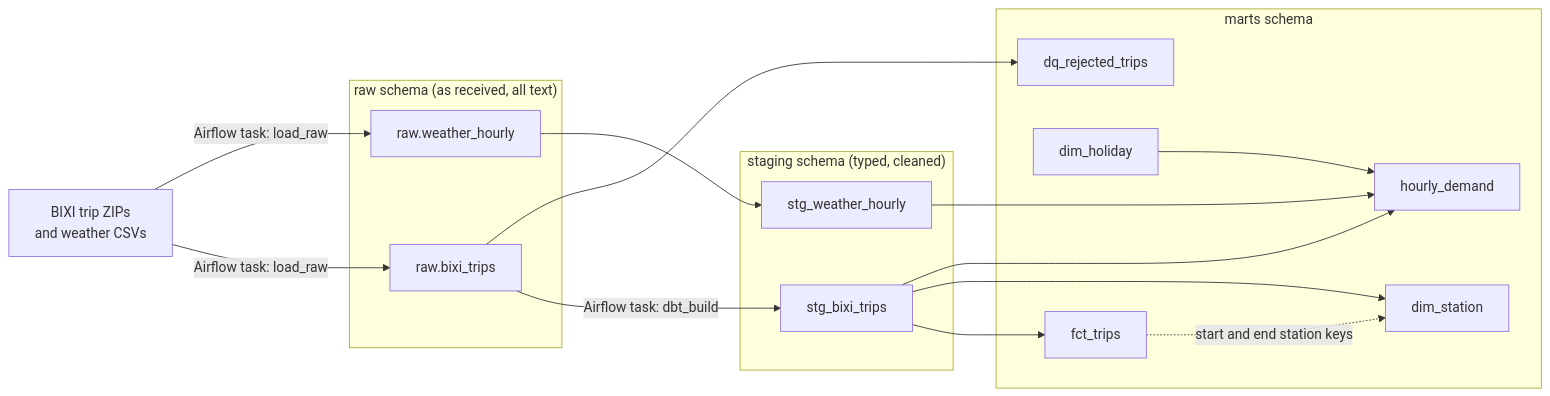
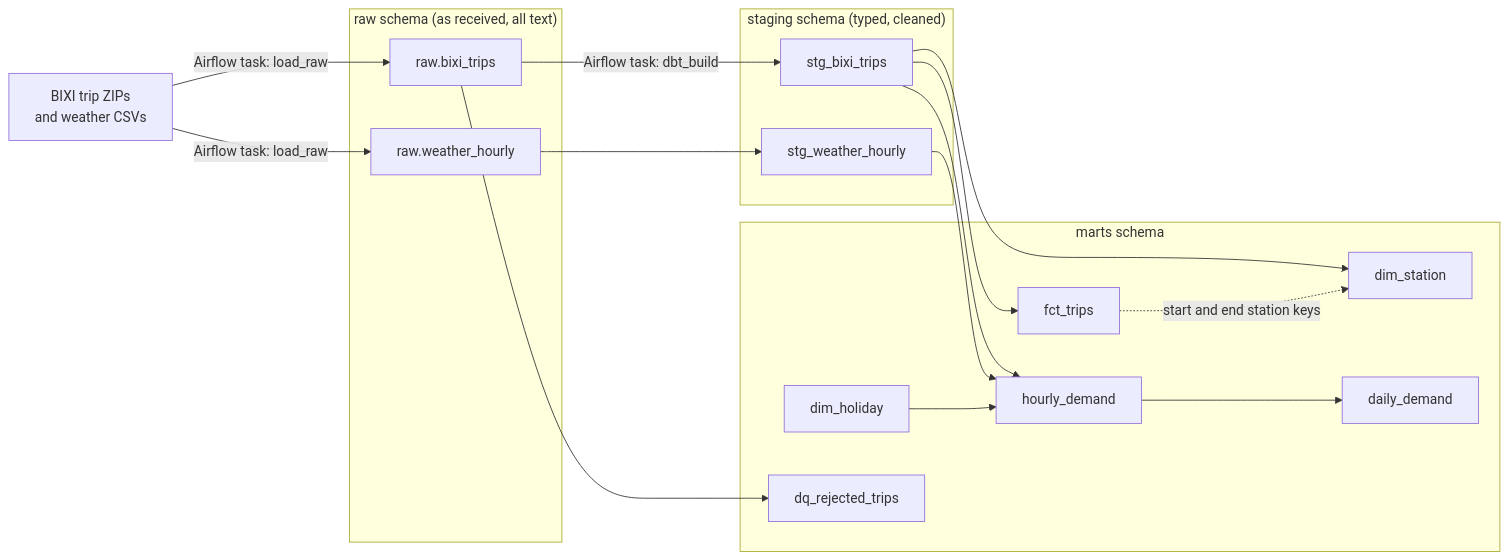
Before and after one commit to NadaAf25/bixi-data-platform: the diagram in README.md, drawn with Mermaid. The commit also changed other lines of this file, not shown here.

Commit message:
Document daily demand model and update model and test counts in README

````diff
--- a/README.md
+++ b/README.md
@@ -9,34 +9,36 @@
 ```mermaid
 flowchart LR
     files["BIXI trip ZIPs<br/>and weather CSVs"]
 
     subgraph raw ["raw schema (as received, all text)"]
         raw_trips["raw.bixi_trips"]
         raw_weather["raw.weather_hourly"]
     end
 
     subgraph staging ["staging schema (typed, cleaned)"]
         stg_trips["stg_bixi_trips"]
         stg_weather["stg_weather_hourly"]
     end
 
     subgraph marts ["marts schema"]
         fct_trips["fct_trips"]
         dim_station["dim_station"]
         hourly["hourly_demand"]
+        daily["daily_demand"]
         dim_holiday["dim_holiday"]
         dq["dq_rejected_trips"]
     end
 
     files -->|"Airflow task: load_raw"| raw_trips
     files -->|"Airflow task: load_raw"| raw_weather
     raw_trips -->|"Airflow task: dbt_build"| stg_trips
     raw_trips --> dq
     raw_weather --> stg_weather
     stg_trips --> fct_trips
     stg_trips --> dim_station
     stg_trips --> hourly
     stg_weather --> hourly
     dim_holiday --> hourly
+    hourly --> daily
     fct_trips -.->|"start and end station keys"| dim_station
 ```
````
